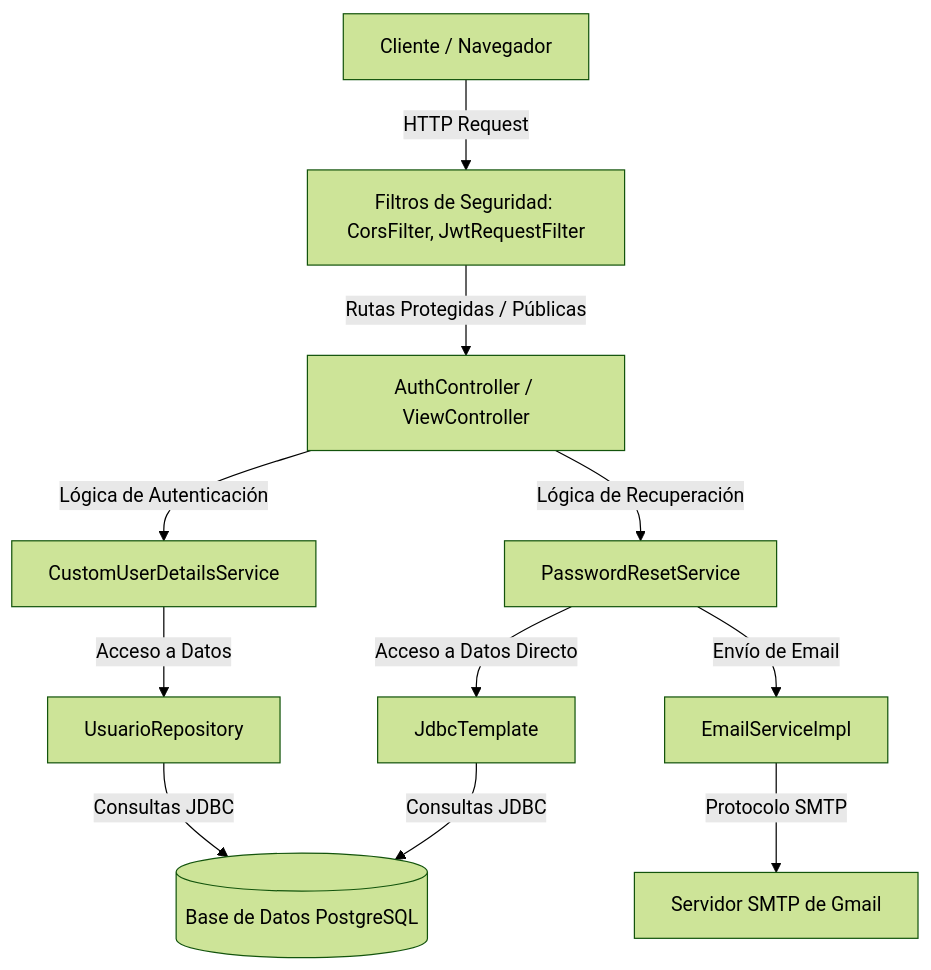
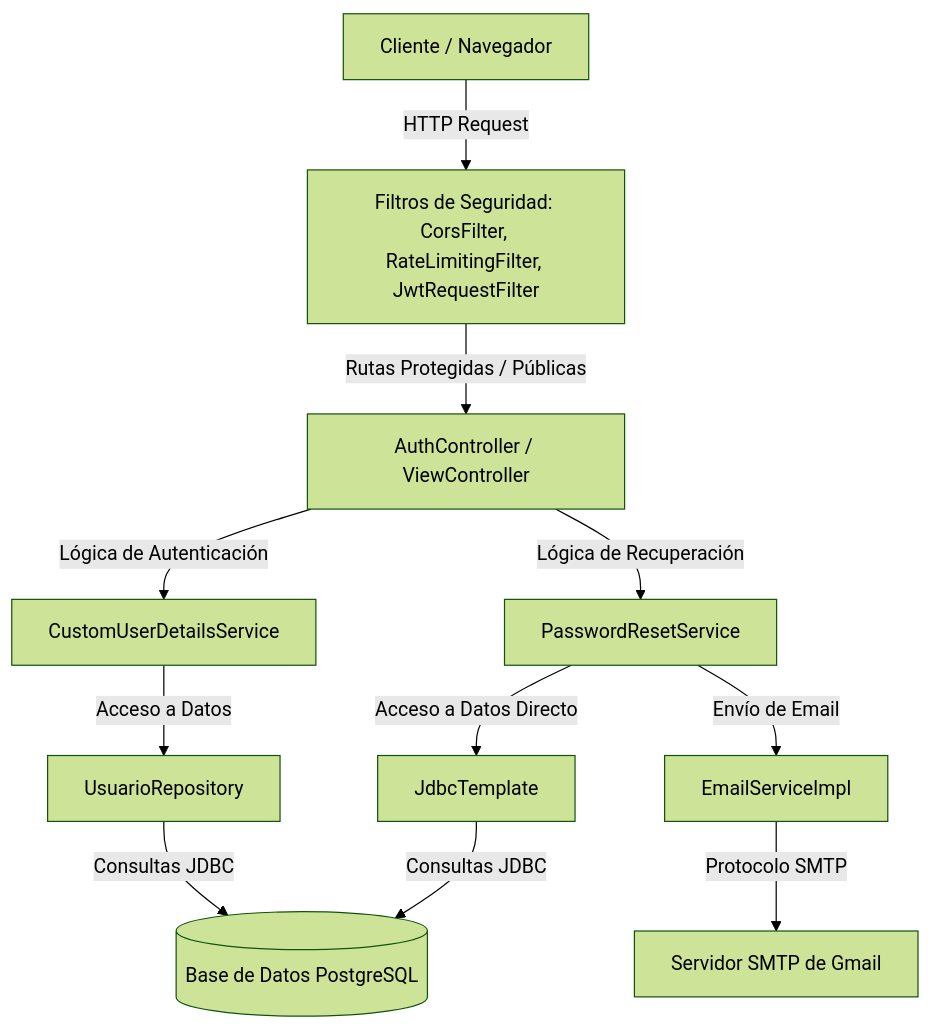
The first of 2 diagrams in docs/ARCHITECTURE.md (gusugus/eduLLM-Auth), drawn with Mermaid (forest theme) before and after one commit. The commit also changed other lines of this file and 13 other files, not shown here.

Commit message:
Mejoras control de logout, rate limit cors y documentacion

````diff
--- a/docs/ARCHITECTURE.md
+++ b/docs/ARCHITECTURE.md
@@ -13,13 +13,13 @@
 ```mermaid
 graph TD
-    Client[Cliente / Navegador] -->|HTTP Request| SecurityFilter[Filtros de Seguridad: CorsFilter, JwtRequestFilter]
+    Client[Cliente / Navegador] -->|HTTP Request| SecurityFilter[Filtros de Seguridad: CorsFilter, RateLimitingFilter, JwtRequestFilter]
     SecurityFilter -->|Rutas Protegidas / Públicas| AuthController[AuthController / ViewController]
     AuthController -->|Lógica de Autenticación| CustomUserDetailsService[CustomUserDetailsService]
     AuthController -->|Lógica de Recuperación| PasswordResetService[PasswordResetService]
     PasswordResetService -->|Envío de Email| EmailService[EmailServiceImpl]
     EmailService -->|Protocolo SMTP| SMTPServer[Servidor SMTP de Gmail]
     CustomUserDetailsService -->|Acceso a Datos| UsuarioRepository[UsuarioRepository]
     PasswordResetService -->|Acceso a Datos Directo| JdbcTemplate[JdbcTemplate]
     UsuarioRepository -->|Consultas JDBC| PostgreSQL[(Base de Datos PostgreSQL)]
     JdbcTemplate -->|Consultas JDBC| PostgreSQL
 ```
````
